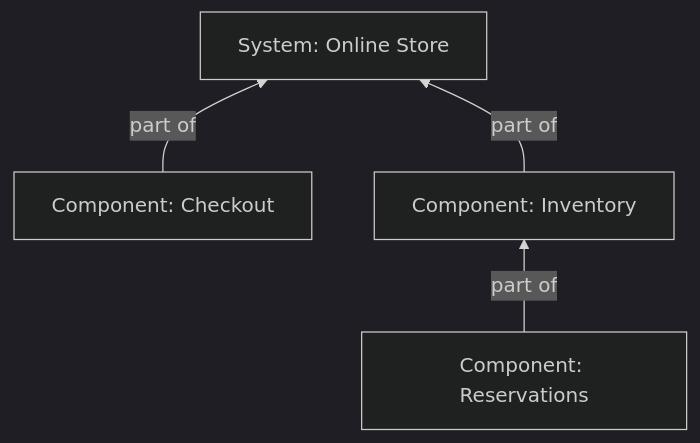
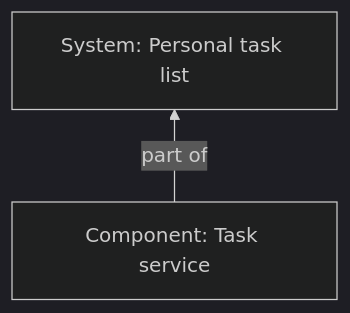
Before and after one commit to craigsmitham/dotspec: the diagram in docs/reference/system-overview-example.md, drawn with Mermaid (dark theme). The commit also changed other lines of this file and 87 other files, not shown here.

````diff
--- a/docs/reference/system-overview-example.md
+++ b/docs/reference/system-overview-example.md
@@ -13,10 +13,6 @@
 ```mermaid
 flowchart BT
-  n1["Component: Checkout"]
-  n2["Component: Inventory"]
-  n3["System: Online Store"]
-  n4["Component: Reservations"]
-  n1 -->|part of| n3
-  n2 -->|part of| n3
-  n4 -->|part of| n2
+  n1["System: Personal task list"]
+  n2["Component: Task service"]
+  n2 -->|part of| n1
 ```
````
